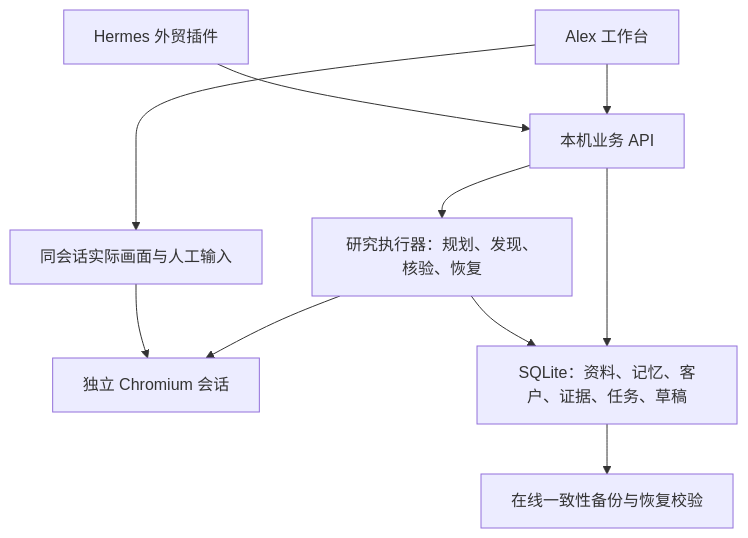
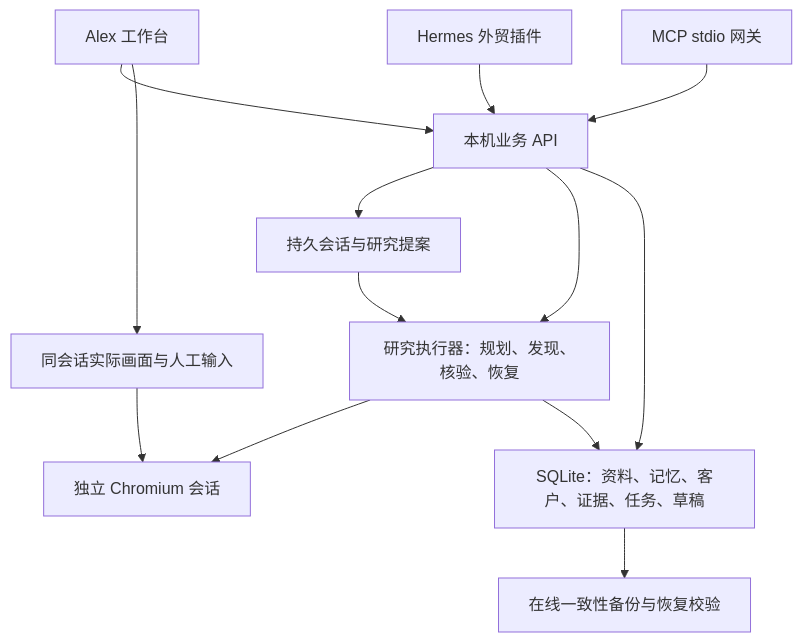
One commit to Xuxchloris/Alex changed the diagram in docs/alex-architecture.md. Above: the diagram before and after it, drawn with Mermaid. The commit also changed other lines of this file and 49 other files, not shown here.

````diff
--- a/docs/alex-architecture.md
+++ b/docs/alex-architecture.md
@@ -7,12 +7,15 @@
 ```mermaid
 flowchart TD
   UI[Alex 工作台] --> API[本机业务 API]
   H[Hermes 外贸插件] --> API
+  MCP[MCP stdio 网关] --> API
+  API --> C[持久会话与研究提案]
+  C --> R
   API --> R[研究执行器：规划、发现、核验、恢复]
   R --> B[独立 Chromium 会话]
   UI --> V[同会话实际画面与人工输入]
   V --> B
   API --> DB[SQLite：资料、记忆、客户、证据、任务、草稿]
   R --> DB
   DB --> BK[在线一致性备份与恢复校验]
 ```
````
